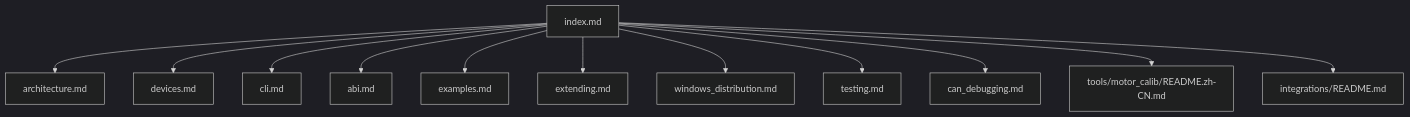
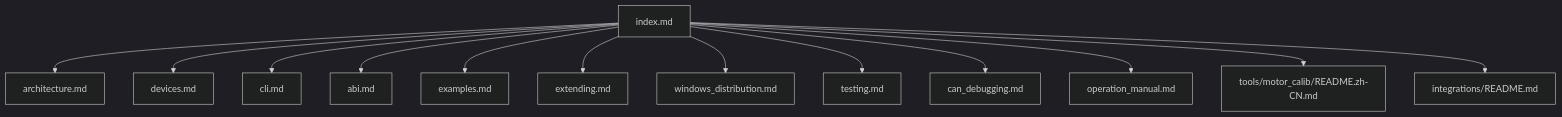
One commit to tianrking/motorbridge changed the diagram in docs/zh/index.md. Above: the diagram before and after it, drawn with Mermaid (dark theme). The commit also changed other lines of this file and 63 other files, not shown here.

````diff
--- a/docs/zh/index.md
+++ b/docs/zh/index.md
@@ -7,14 +7,15 @@
 ```mermaid
 flowchart TD
   IDX["index.md"] --> ARCH["architecture.md"]
   IDX --> DEV["devices.md"]
   IDX --> CLI["cli.md"]
   IDX --> ABI["abi.md"]
   IDX --> EX["examples.md"]
   IDX --> EXT["extending.md"]
   IDX --> WIN["windows_distribution.md"]
   IDX --> TST["testing.md"]
   IDX --> CANDBG["can_debugging.md"]
+  IDX --> OPMAN["operation_manual.md"]
   IDX --> CAL["tools/motor_calib/README.zh-CN.md"]
   IDX --> INT["integrations/README.md"]
 ```
````
